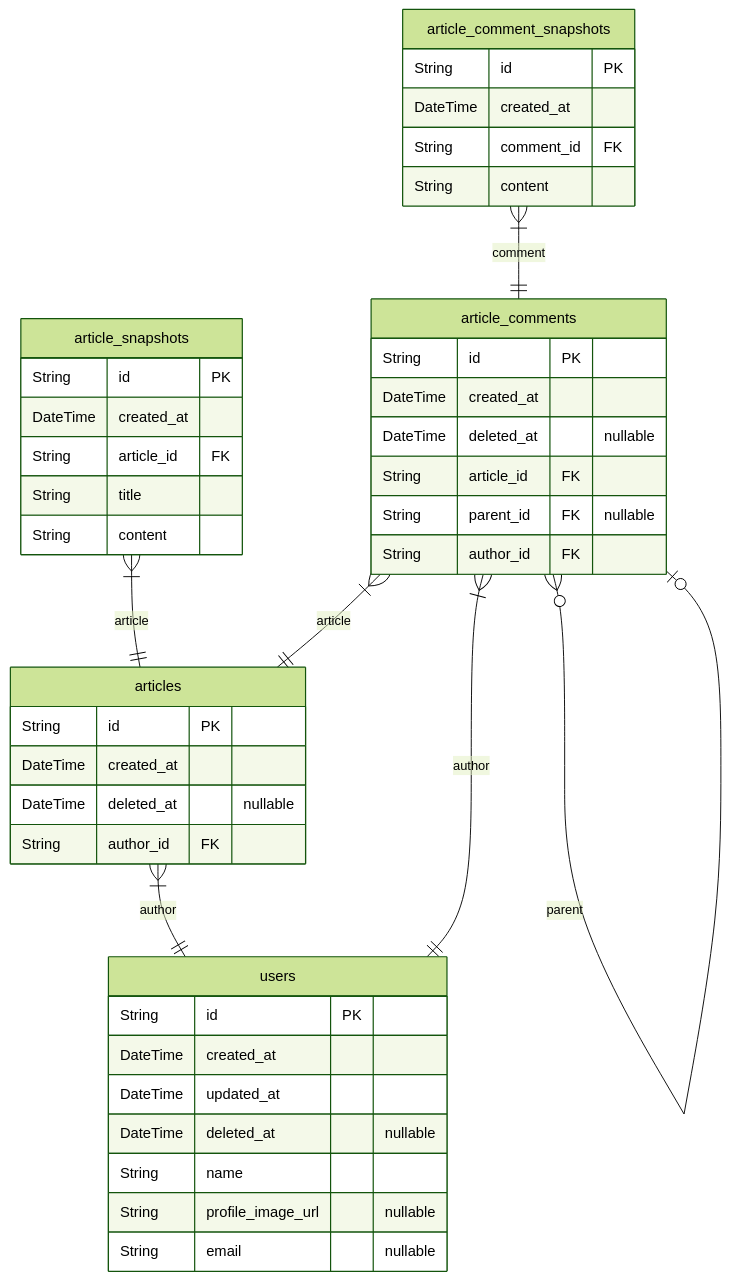
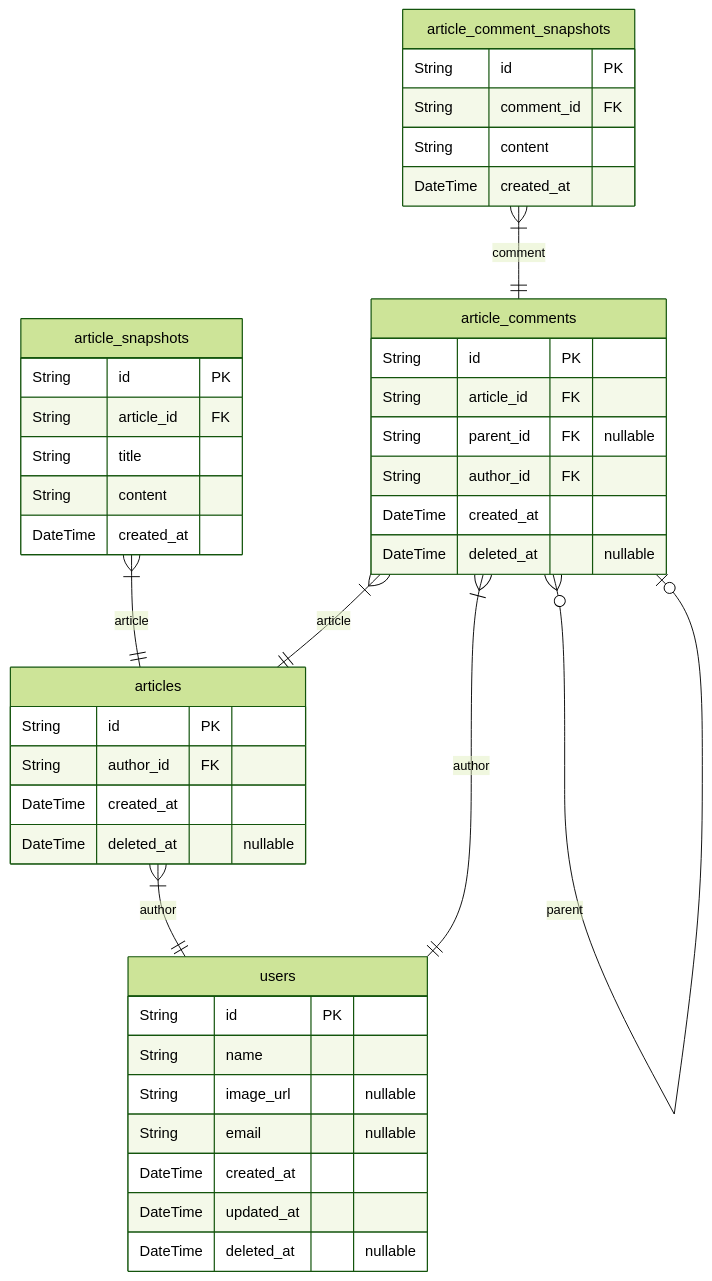
Before and after one commit to rojiwon123/safe-nest-template: the first of 3 diagrams in ERD.md, drawn with Mermaid (forest theme). The commit also changed other lines of this file and 5 other files, not shown here.

````diff
--- a/ERD.md
+++ b/ERD.md
@@ -11,45 +11,45 @@
 ```mermaid
 erDiagram
 users {
     String id PK
+    String name
+    String image_url "nullable"
+    String email "nullable"
     DateTime created_at
     DateTime updated_at
     DateTime deleted_at "nullable"
-    String name
-    String profile_image_url "nullable"
-    String email "nullable"
 }
 articles {
     String id PK
+    String author_id FK
     DateTime created_at
     DateTime deleted_at "nullable"
-    String author_id FK
 }
 article_snapshots {
     String id PK
-    DateTime created_at
     String article_id FK
     String title
     String content
+    DateTime created_at
 }
 article_comments {
     String id PK
-    DateTime created_at
-    DateTime deleted_at "nullable"
     String article_id FK
     String parent_id FK "nullable"
     String author_id FK
+    DateTime created_at
+    DateTime deleted_at "nullable"
 }
 article_comment_snapshots {
     String id PK
-    DateTime created_at
     String comment_id FK
     String content
+    DateTime created_at
 }
 articles }|--|| users : author
 article_snapshots }|--|| articles : article
 article_comments }|--|| articles : article
 article_comments }o--o| article_comments : parent
 article_comments }|--|| users : author
 article_comment_snapshots }|--|| article_comments : comment
 ```
````
